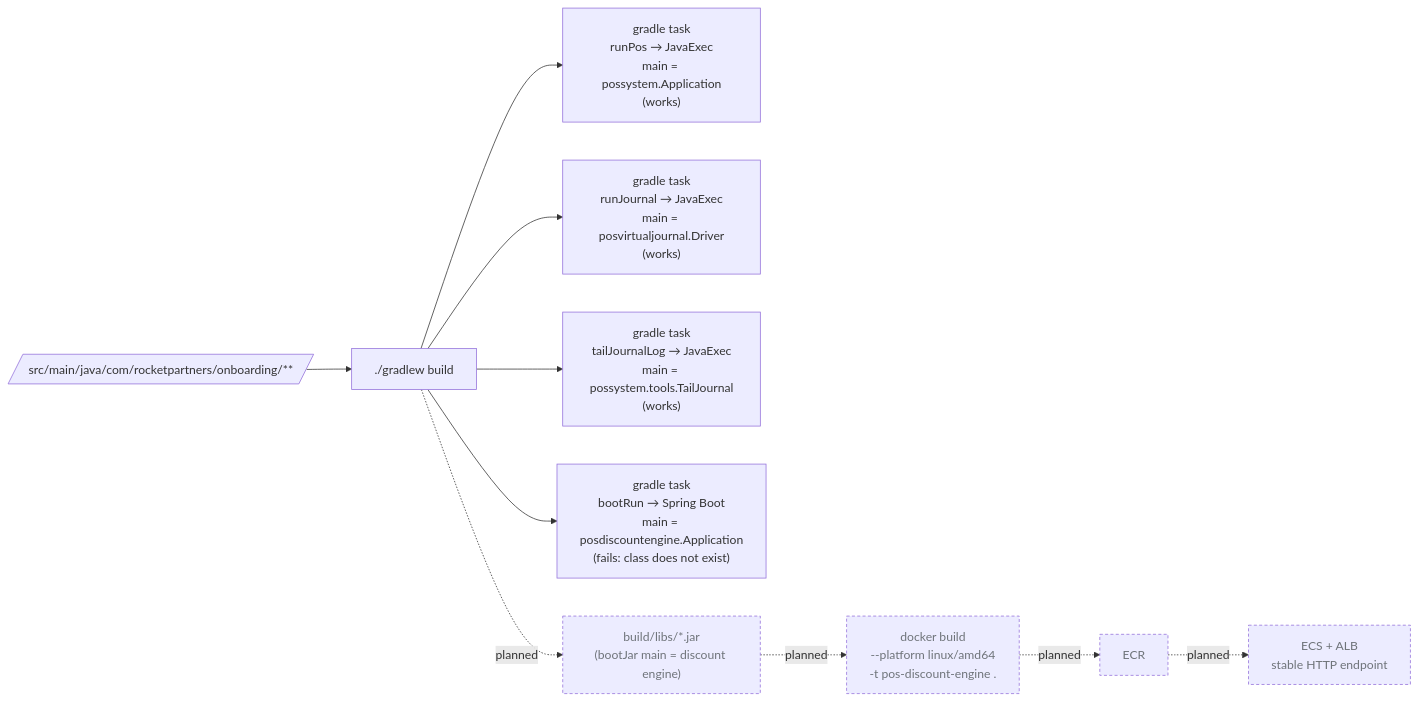
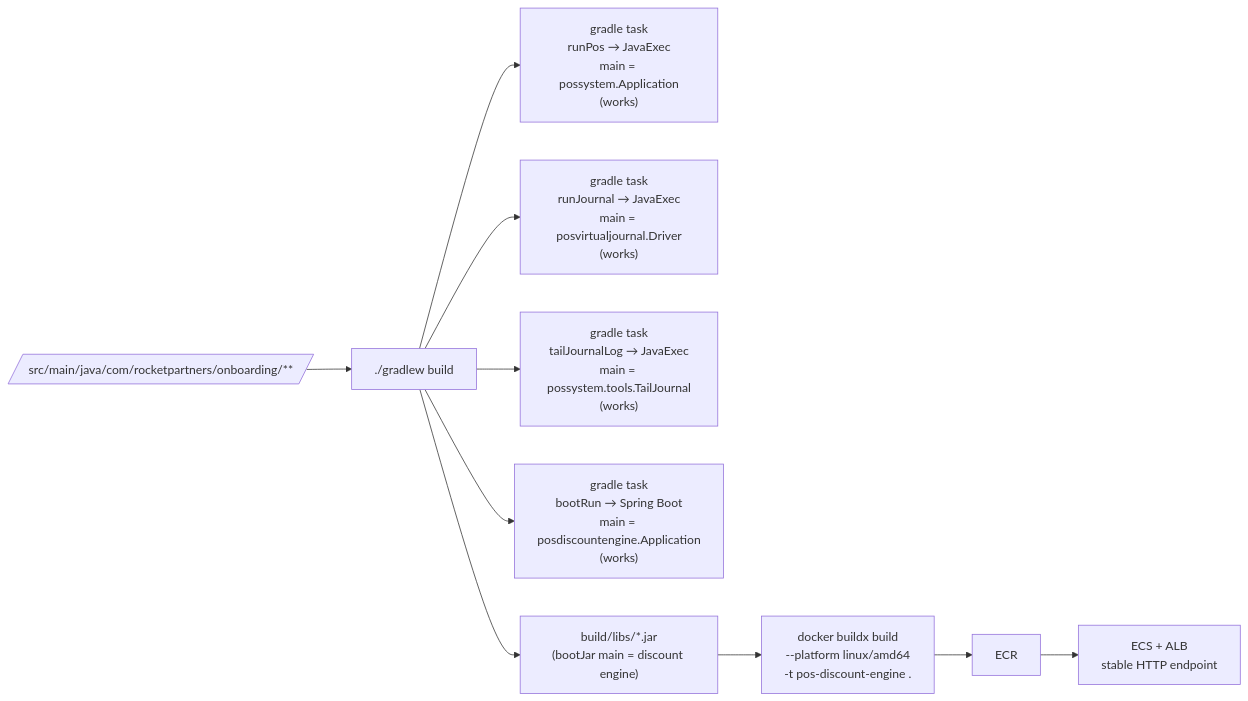
Before and after one commit to rhuel-laurente-rp/rocketpartners-pos: the fourth of 4 diagrams in docs/Phase 1/architecture.md, drawn with Mermaid. The commit also changed other lines of this file and 10 other files, not shown here.

````diff
--- a/docs/Phase 1/architecture.md
+++ b/docs/Phase 1/architecture.md
@@ -147,15 +146,12 @@
 ```mermaid
 flowchart LR
     SRC[/"src/main/java/com/rocketpartners/onboarding/**"/] --> BUILD["./gradlew build"]
     BUILD --> TPOS["gradle task<br/>runPos → JavaExec<br/>main = possystem.Application<br/>(works)"]
     BUILD --> TJRN["gradle task<br/>runJournal → JavaExec<br/>main = posvirtualjournal.Driver<br/>(works)"]
     BUILD --> TTAIL["gradle task<br/>tailJournalLog → JavaExec<br/>main = possystem.tools.TailJournal<br/>(works)"]
-    BUILD --> TBR["gradle task<br/>bootRun → Spring Boot<br/>main = posdiscountengine.Application<br/>(fails: class does not exist)"]
+    BUILD --> TBR["gradle task<br/>bootRun → Spring Boot<br/>main = posdiscountengine.Application<br/>(works)"]
 
-    BUILD -. planned .-> JAR["build/libs/*.jar<br/>(bootJar main = discount engine)"]
-    JAR -. planned .-> DOCKER["docker build<br/>--platform linux/amd64<br/>-t pos-discount-engine ."]
-    DOCKER -. planned .-> ECR["ECR"] -. planned .-> ECS["ECS + ALB<br/>stable HTTP endpoint"]
-
-    classDef planned stroke-dasharray: 4 3,color:#6E7379
-    class JAR,DOCKER,ECR,ECS planned
+    BUILD --> JAR["build/libs/*.jar<br/>(bootJar main = discount engine)"]
+    JAR --> DOCKER["docker buildx build<br/>--platform linux/amd64<br/>-t pos-discount-engine ."]
+    DOCKER --> ECR["ECR"] --> ECS["ECS + ALB<br/>stable HTTP endpoint"]
 ```
````
